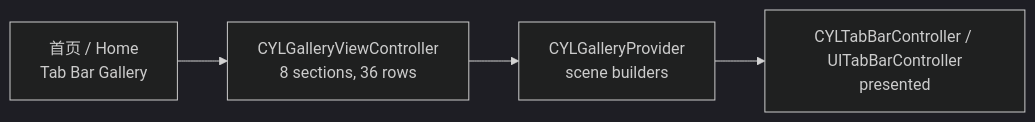
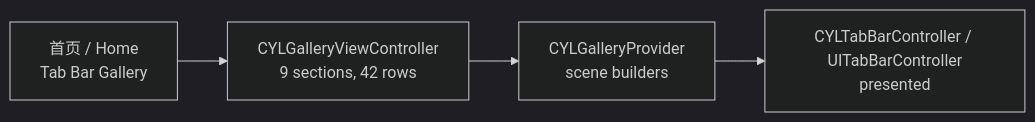
The diagram in docs/Tab-Bar-Gallery.md (ChenYilong/CYLTabBarController), drawn with Mermaid (dark theme) before and after one commit. The commit also changed other lines of this file and 5 other files, not shown here.

First line of the commit message:
refactor: ♻️ demo the Liquid Glass hardening in the tab bar gallery

````diff
--- a/docs/Tab-Bar-Gallery.md
+++ b/docs/Tab-Bar-Gallery.md
@@ -20,6 +20,6 @@
 ```mermaid
 flowchart LR
-    H["首页 / Home<br/>Tab Bar Gallery"] --> G["CYLGalleryViewController<br/>8 sections, 36 rows"]
+    H["首页 / Home<br/>Tab Bar Gallery"] --> G["CYLGalleryViewController<br/>9 sections, 42 rows"]
     G --> P["CYLGalleryProvider<br/>scene builders"]
     P --> T["CYLTabBarController / UITabBarController<br/>presented"]
 ```
````
